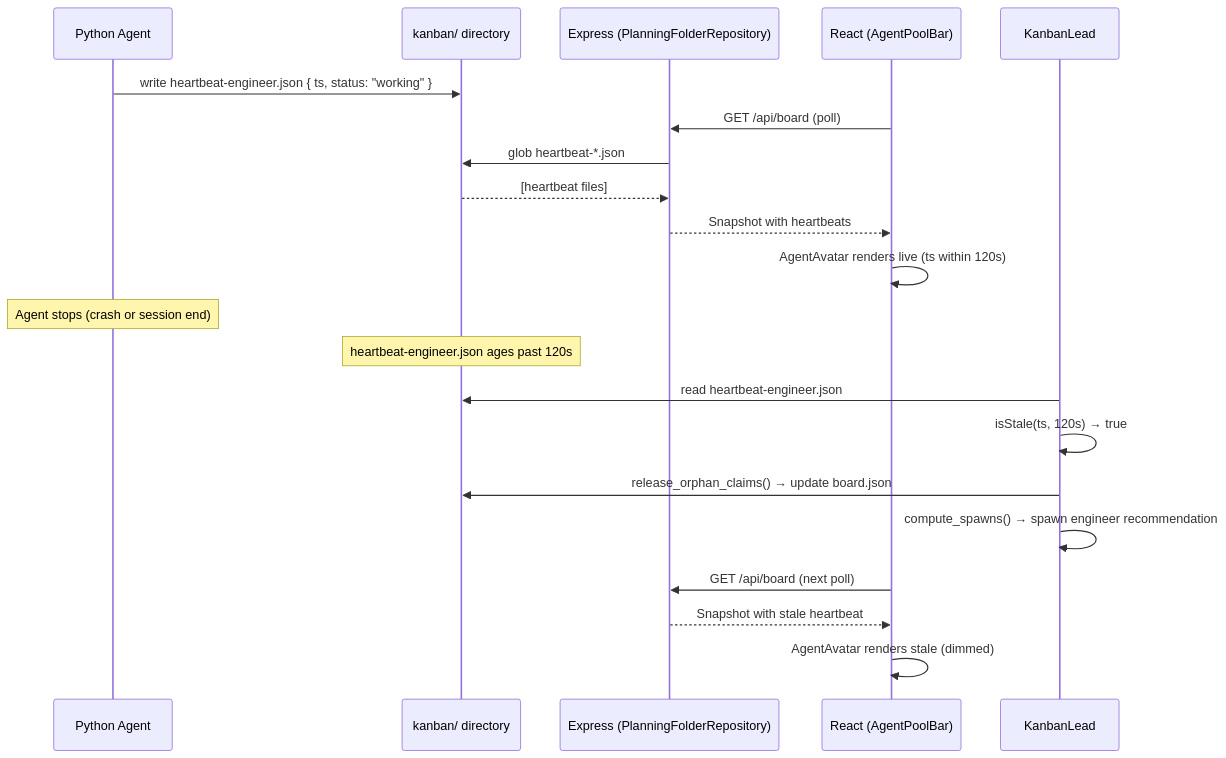
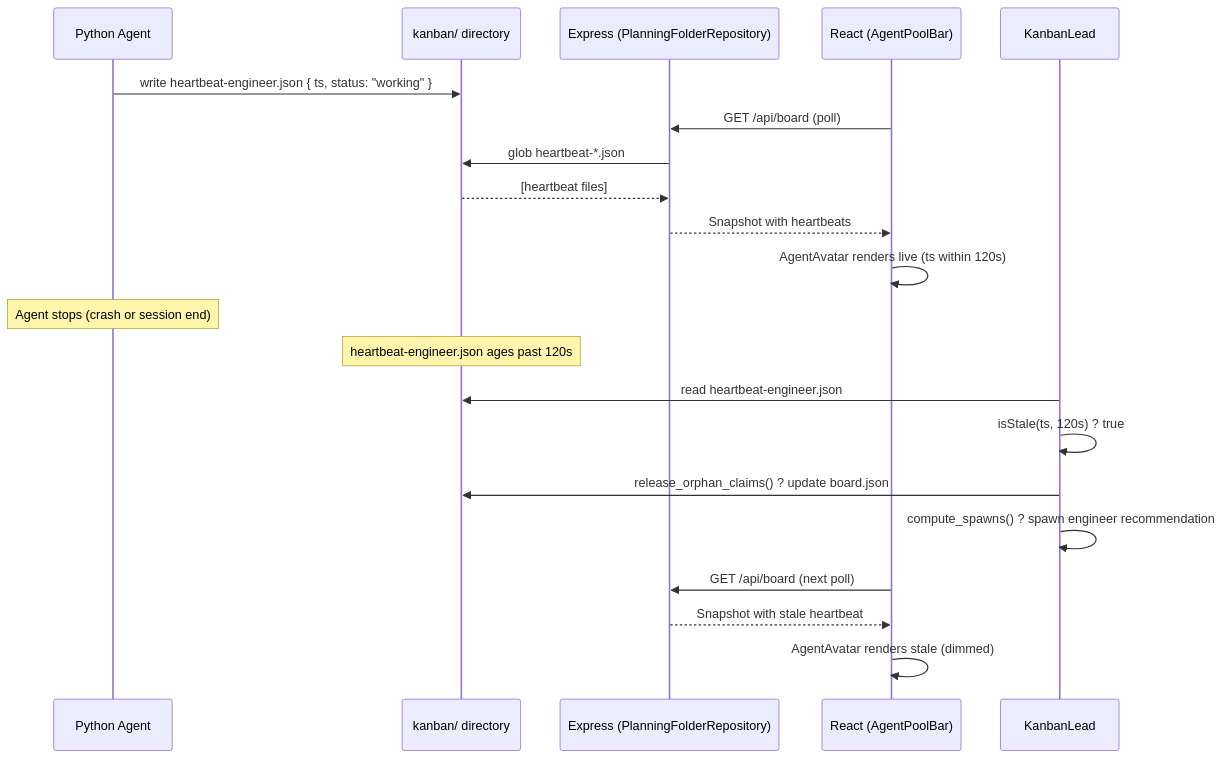
Before and after one commit to abd-works/abd-skills: the sixth of 6 diagrams in practices/kanban/apps/abd-delivery-agent-kanban/docs/architecture/architecture-reference.md, drawn with Mermaid. The commit also changed other lines of this file and 490 other files, not shown here.

````diff
--- a/practices/kanban/apps/abd-delivery-agent-kanban/docs/architecture/architecture-reference.md
+++ b/practices/kanban/apps/abd-delivery-agent-kanban/docs/architecture/architecture-reference.md
@@ -444,28 +887,55 @@
 ```mermaid
+
 sequenceDiagram
+
     participant Agent as Python Agent
+
     participant Disk as kanban/ directory
+
     participant Server as Express (PlanningFolderRepository)
+
     participant Client as React (AgentPoolBar)
+
     participant Lead as KanbanLead
+
+
 
     Agent->>Disk: write heartbeat-engineer.json { ts, status: "working" }
 
+
+
     Client->>Server: GET /api/board (poll)
+
     Server->>Disk: glob heartbeat-*.json
+
     Disk-->>Server: [heartbeat files]
+
     Server-->>Client: Snapshot with heartbeats
+
     Client->>Client: AgentAvatar renders live (ts within 120s)
 
+
+
     Note over Agent: Agent stops (crash or session end)
+
     Note over Disk: heartbeat-engineer.json ages past 120s
 
+
+
     Lead->>Disk: read heartbeat-engineer.json
-    Lead->>Lead: isStale(ts, 120s) → true
-    Lead->>Disk: release_orphan_claims() → update board.json
-    Lead->>Lead: compute_spawns() → spawn engineer recommendation
+
+    Lead->>Lead: isStale(ts, 120s) ? true
+
+    Lead->>Disk: release_orphan_claims() ? update board.json
+
+    Lead->>Lead: compute_spawns() ? spawn engineer recommendation
+
+
 
     Client->>Server: GET /api/board (next poll)
+
     Server-->>Client: Snapshot with stale heartbeat
+
     Client->>Client: AgentAvatar renders stale (dimmed)
+
 ```
````
